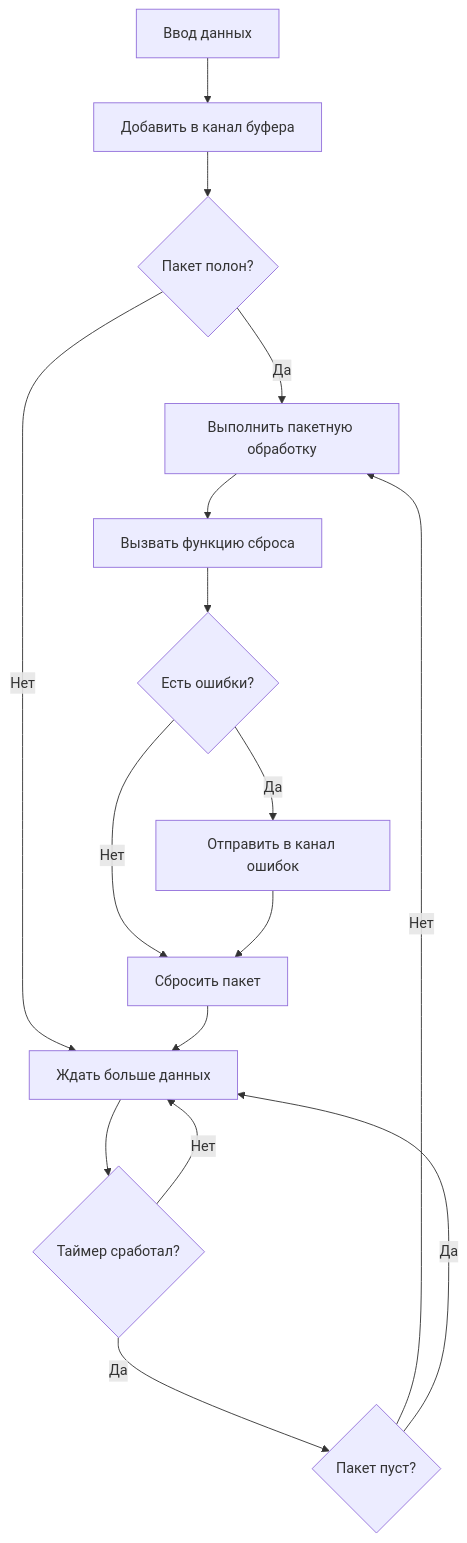
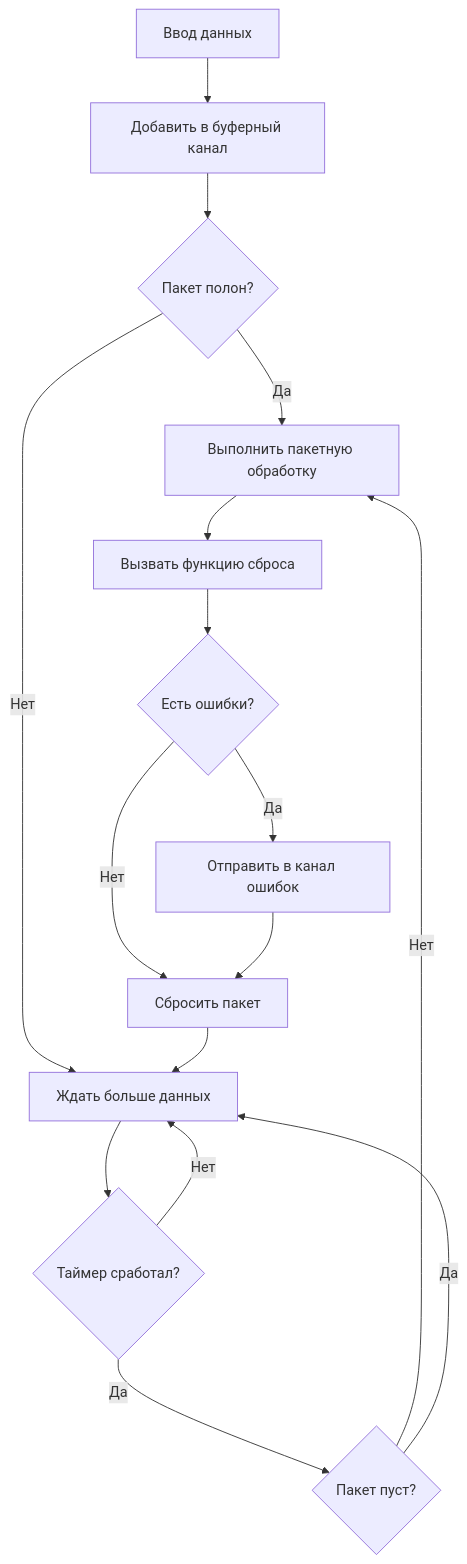
The diagram in i18n/ru/docusaurus-plugin-content-docs/current/standard-pipeline.md (rushairer/go-pipeline-homepage), drawn with Mermaid before and after one commit. The commit also changed other lines of this file and 27 other files, not shown here.

````diff
--- a/i18n/ru/docusaurus-plugin-content-docs/current/standard-pipeline.md
+++ b/i18n/ru/docusaurus-plugin-content-docs/current/standard-pipeline.md
@@ -22,18 +22,18 @@
 ```mermaid
 graph TD
-    A[Ввод данных] --> B[Добавить в канал буфера]
-    B --> C{Пакет полон?}
-    C -->|Да| D[Выполнить пакетную обработку]
-    C -->|Нет| E[Ждать больше данных]
-    E --> F{Таймер сработал?}
-    F -->|Да| G{Пакет пуст?}
+    A["Ввод данных"] --> B["Добавить в буферный канал"]
+    B --> C{"Пакет полон?"}
+    C -->|Да| D["Выполнить пакетную обработку"]
+    C -->|Нет| E["Ждать больше данных"]
+    E --> F{"Таймер сработал?"}
+    F -->|Да| G{"Пакет пуст?"}
     G -->|Нет| D
     G -->|Да| E
     F -->|Нет| E
-    D --> H[Вызвать функцию сброса]
-    H --> I{Есть ошибки?}
-    I -->|Да| J[Отправить в канал ошибок]
-    I -->|Нет| K[Сбросить пакет]
+    D --> H["Вызвать функцию сброса"]
+    H --> I{"Есть ошибки?"}
+    I -->|Да| J["Отправить в канал ошибок"]
+    I -->|Нет| K["Сбросить пакет"]
     J --> K
     K --> E
 ```
````
